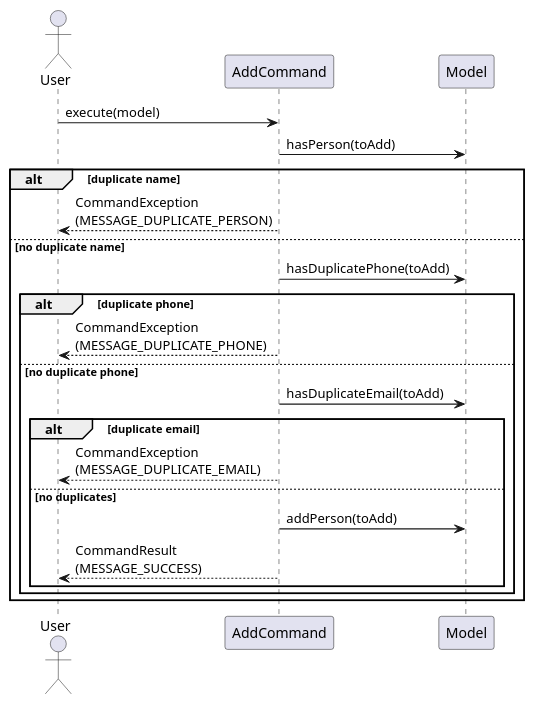
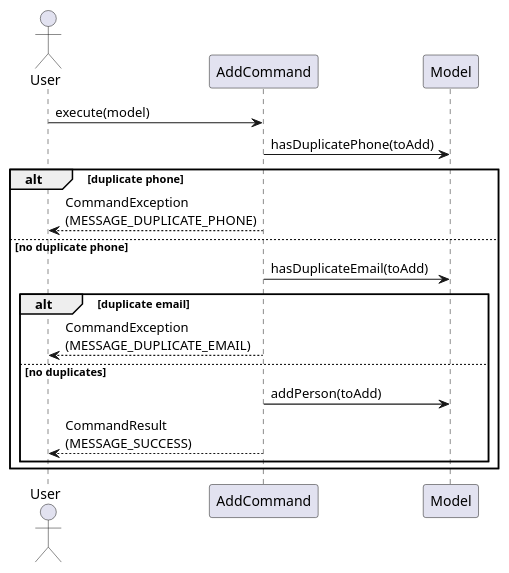
One commit to victoria-chew/tp changed the diagram in docs/diagrams/UniquenessConstraintSequence.puml. Above: the diagram before and after it, drawn with PlantUML. The commit also changed 2 other files, not shown here.

Commit message:
Update DG and UML diagrams for uniqueness constraints

```diff
--- a/docs/diagrams/UniquenessConstraintSequence.puml
+++ b/docs/diagrams/UniquenessConstraintSequence.puml
@@ -1,26 +1,22 @@
 @startuml
 skinparam ArrowThickness 1.1
 actor User
 participant AddCommand
 participant Model
 
 User -> AddCommand : execute(model)
 
-AddCommand -> Model : hasPerson(toAdd)
-alt duplicate name
-    AddCommand --> User : CommandException\n(MESSAGE_DUPLICATE_PERSON)
-else no duplicate name
-    AddCommand -> Model : hasDuplicatePhone(toAdd)
-    alt duplicate phone
-        AddCommand --> User : CommandException\n(MESSAGE_DUPLICATE_PHONE)
-    else no duplicate phone
-        AddCommand -> Model : hasDuplicateEmail(toAdd)
-        alt duplicate email
-            AddCommand --> User : CommandException\n(MESSAGE_DUPLICATE_EMAIL)
-        else no duplicates
-            AddCommand -> Model : addPerson(toAdd)
-            AddCommand --> User : CommandResult\n(MESSAGE_SUCCESS)
-        end
+AddCommand -> Model : hasDuplicatePhone(toAdd)
+alt duplicate phone
+    AddCommand --> User : CommandException\n(MESSAGE_DUPLICATE_PHONE)
+else no duplicate phone
+    AddCommand -> Model : hasDuplicateEmail(toAdd)
+    alt duplicate email
+        AddCommand --> User : CommandException\n(MESSAGE_DUPLICATE_EMAIL)
+    else no duplicates
+        AddCommand -> Model : addPerson(toAdd)
+        AddCommand --> User : CommandResult\n(MESSAGE_SUCCESS)
     end
 end
+
 @enduml
```
